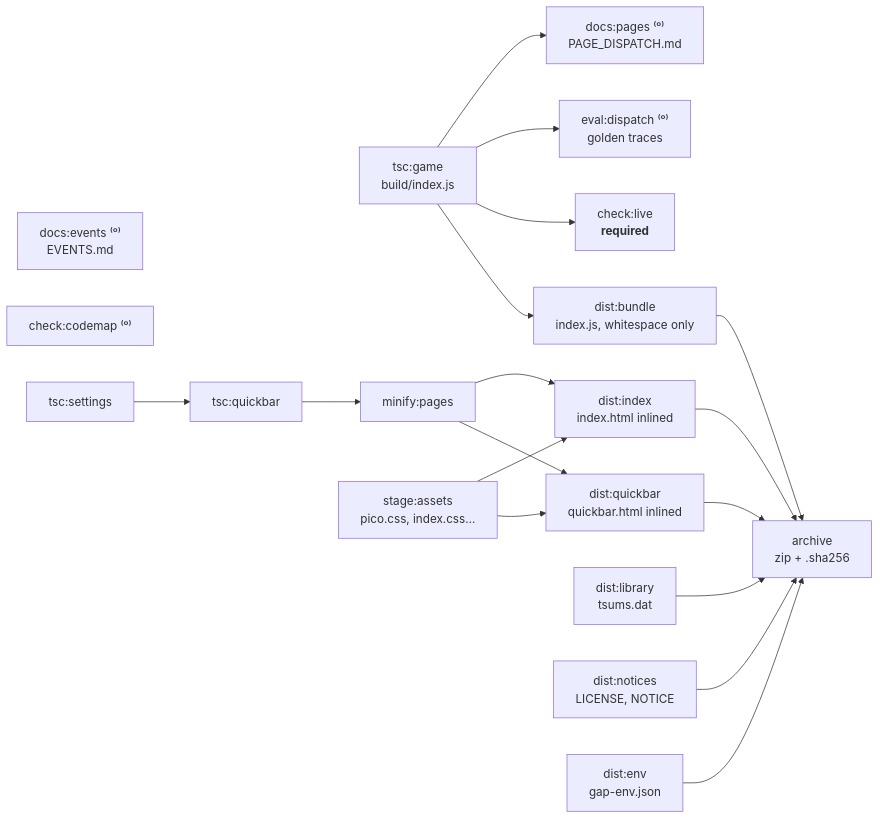
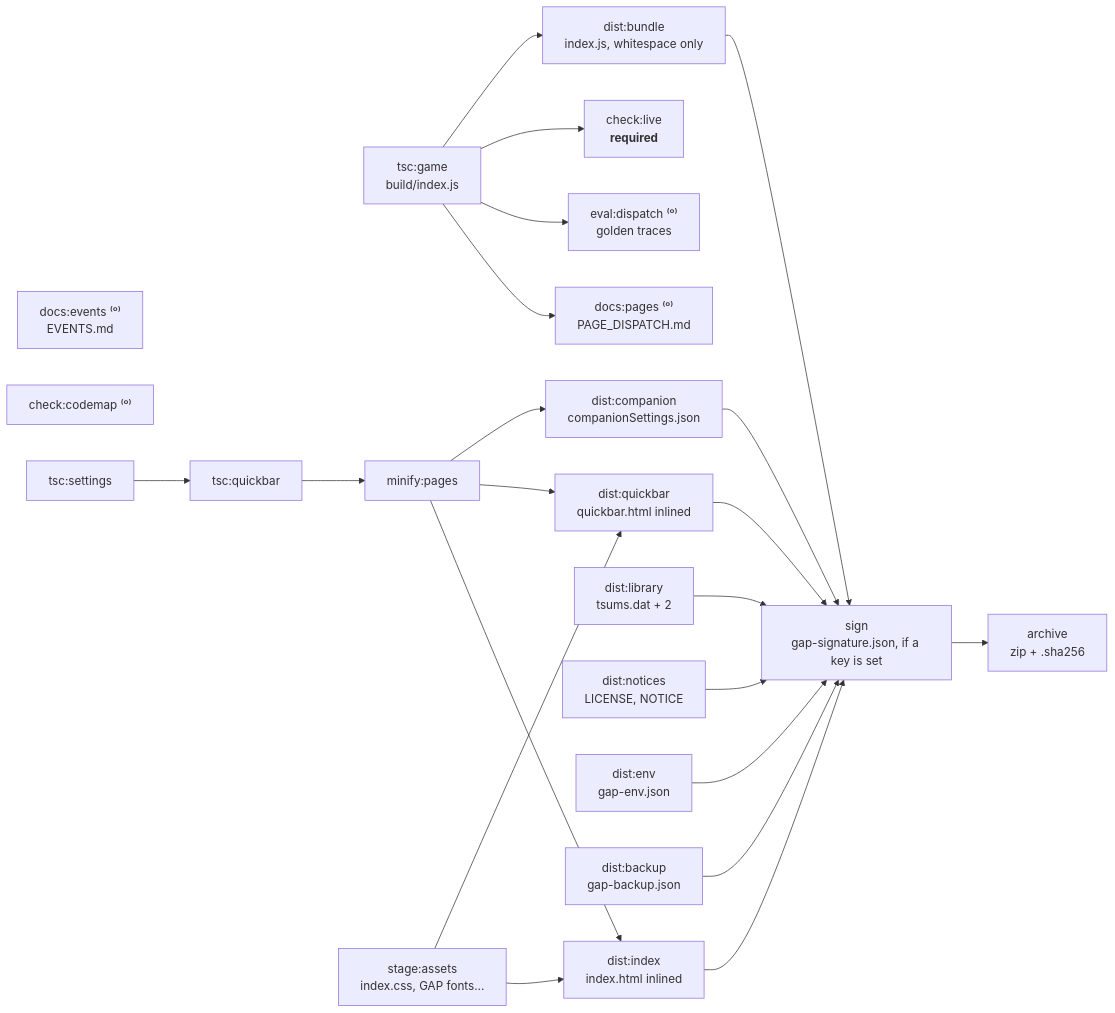
Before and after one commit to TsumTsumScripts/tsum-tsum-script: the first of 2 diagrams in website/docs/architecture/build-and-release.md, drawn with Mermaid. The commit also changed 23 other files, not shown here.

````diff
--- a/website/docs/architecture/build-and-release.md
+++ b/website/docs/architecture/build-and-release.md
@@ -16,24 +16,27 @@
 ```mermaid
 flowchart LR
   tscg["tsc:game<br/>build/index.js"]
   docsp["docs:pages ⁽ᵒ⁾<br/>PAGE_DISPATCH.md"]
   docse["docs:events ⁽ᵒ⁾<br/>EVENTS.md"]
   evald["eval:dispatch ⁽ᵒ⁾<br/>golden traces"]
   map["check:codemap ⁽ᵒ⁾"]
   live["check:live<br/><b>required</b>"]
   tscs["tsc:settings"]
   tscq["tsc:quickbar"]
   minp["minify:pages"]
-  stage["stage:assets<br/>pico.css, index.css…"]
+  stage["stage:assets<br/>index.css, GAP fonts…"]
   di["dist:index<br/>index.html inlined"]
   dq["dist:quickbar<br/>quickbar.html inlined"]
   db["dist:bundle<br/>index.js, whitespace only"]
-  dl["dist:library<br/>tsums.dat"]
+  dl["dist:library<br/>tsums.dat + 2"]
   dn["dist:notices<br/>LICENSE, NOTICE"]
   de["dist:env<br/>gap-env.json"]
+  dk["dist:backup<br/>gap-backup.json"]
+  dc["dist:companion<br/>companionSettings.json"]
+  sg["sign<br/>gap-signature.json, if a key is set"]
   arc["archive<br/>zip + .sha256"]
   tscg --> docsp & evald & live & db
-  tscs --> tscq --> minp --> di & dq
+  tscs --> tscq --> minp --> di & dq & dc
   stage --> di & dq
-  di & dq & db & dl & dn & de --> arc
+  di & dq & db & dl & dn & de & dk & dc --> sg --> arc
 ```
````
